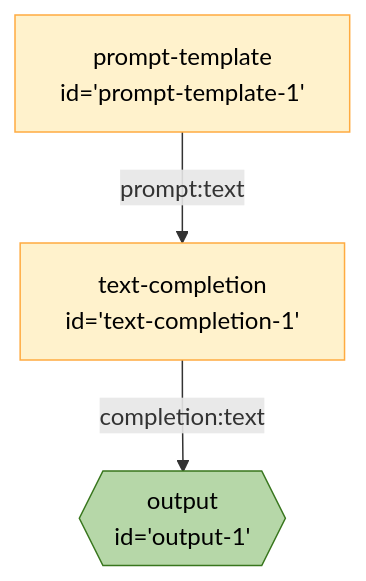
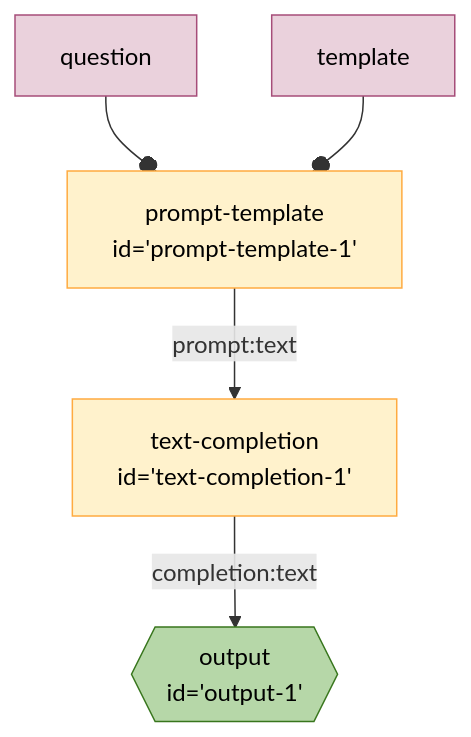
One commit to breadboard-ai/breadboard changed the diagram in seeds/graph-playground/docs/graphs/auto-simple-prompt.md. Above: the diagram before and after it, drawn with Mermaid. The commit also changed 15 other files, not shown here.

First line of the commit message:
[graphs] Show `configuration` as constants.

````diff
--- a/seeds/graph-playground/docs/graphs/auto-simple-prompt.md
+++ b/seeds/graph-playground/docs/graphs/auto-simple-prompt.md
@@ -4,16 +4,19 @@
 ```mermaid
 %%{init: 'themeVariables': { 'fontFamily': 'Fira Code, monospace' }}%%
 graph TD;
 prompttemplate1["prompt-template
 id='prompt-template-1'"] -- prompt:text --> textcompletion1["text-completion
 id='text-completion-1'"]
 textcompletion1["text-completion
 id='text-completion-1'"] -- completion:text --> output1{{"output
 id='output-1'"}}:::output
+questionprompttemplate1[question]:::config --o prompttemplate1
+templateprompttemplate1[template]:::config --o prompttemplate1
 classDef default stroke:#ffab40,fill:#fff2ccff,color:#000
 classDef input stroke:#3c78d8,fill:#c9daf8ff,color:#000
 classDef output stroke:#38761d,fill:#b6d7a8ff,color:#000
 classDef passthrough stroke:#a64d79,fill:#ead1dcff,color:#000
 classDef slot stroke:#a64d79,fill:#ead1dcff,color:#000
+classDef config stroke:#a64d79,fill:#ead1dcff,color:#000
 classDef slotted stroke:#a64d79
 ```
````
